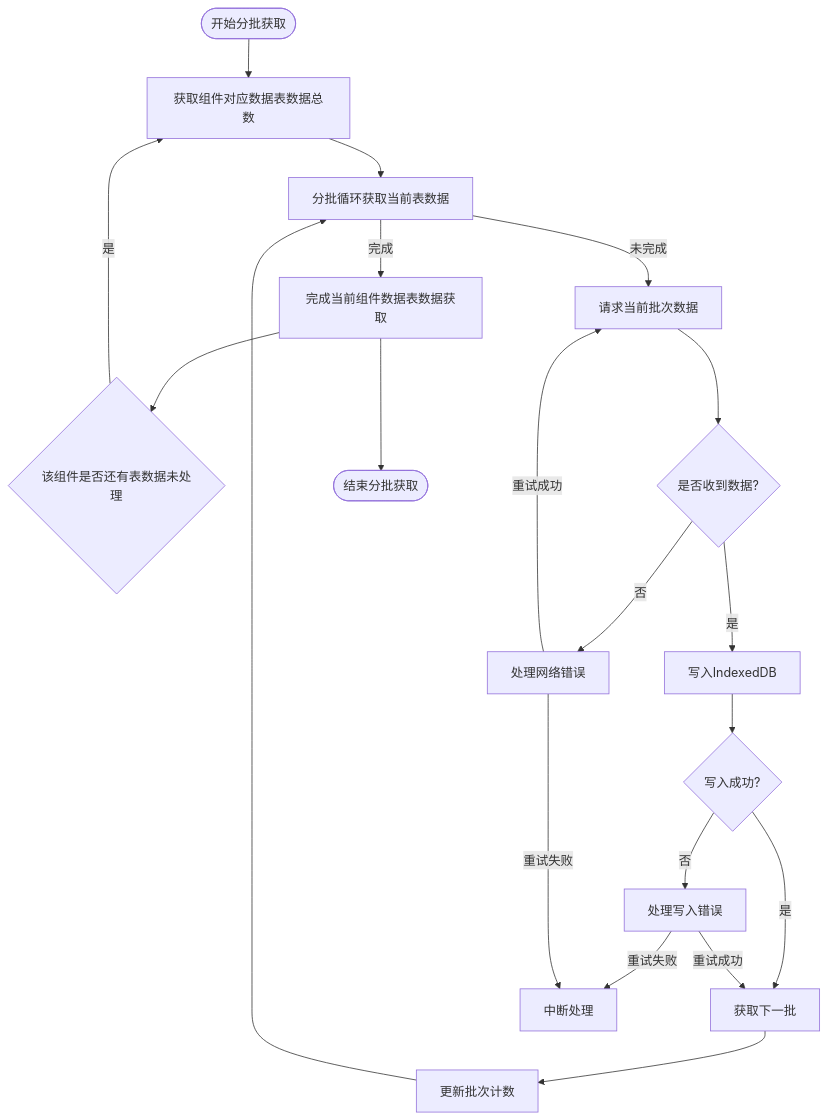
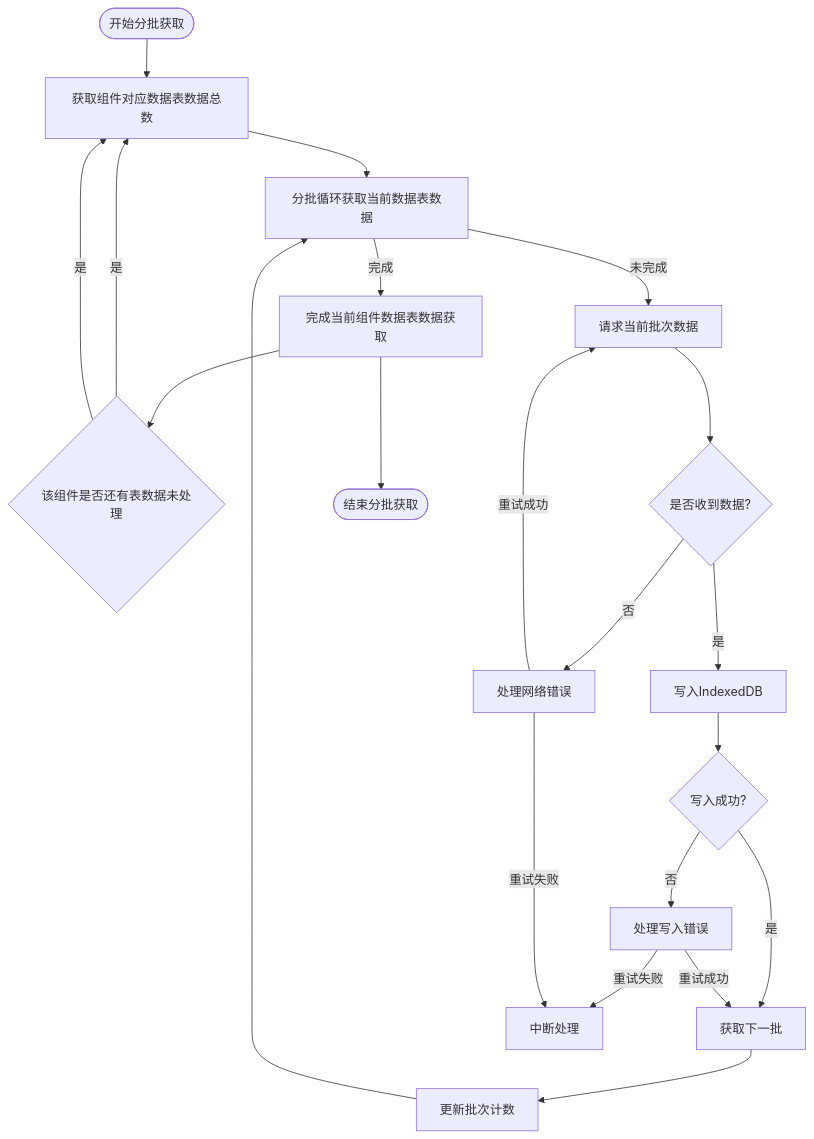
One commit to yingjianzh/iodraw-files changed the diagram in all/未命名-56.md. Above: the diagram before and after it, drawn with Mermaid.

Commit message:
2025-05-12 10:27:22 update

````diff
--- a/all/未命名-56.md
+++ b/all/未命名-56.md
@@ -1,33 +1,35 @@
 ```mermaid
 
 flowchart TD
     StartBatch([开始分批获取]) --> InitializeBatch[获取组件对应数据表数据总数]
-    InitializeBatch --> CheckBatchSize[分批循环获取当前表数据]
+    InitializeBatch --> CheckBatchSize[分批循环获取当前数据表数据]
     
     CheckBatchSize -->|完成| BatchComplete[完成当前组件数据表数据获取]
 
     BatchComplete --> HasNext{该组件是否还有表数据未处理}
 
     HasNext --> |是| InitializeBatch
+    HasNext --> |是| InitializeBatch
+
     
     CheckBatchSize -->|未完成| RequestBatch[请求当前批次数据]
     RequestBatch --> ReceiveBatch{是否收到数据?}
     
     ReceiveBatch -->|是| WriteToDB[写入IndexedDB]
     
     WriteToDB --> BatchSuccess{写入成功?}
     BatchSuccess -->|是| NextBatch[获取下一批]
     BatchSuccess -->|否| HandleError[处理写入错误]
     HandleError -->|重试成功| NextBatch
     HandleError -->|重试失败| AbortProcess[中断处理]
     
     ReceiveBatch -->|否| HandleNetworkError[处理网络错误]
     HandleNetworkError -->|重试成功| RequestBatch
     HandleNetworkError -->|重试失败| AbortProcess
     
     NextBatch --> IncrementBatch[更新批次计数]
     IncrementBatch --> CheckBatchSize
     
     BatchComplete --> EndBatch([结束分批获取])
 
 ```
````
